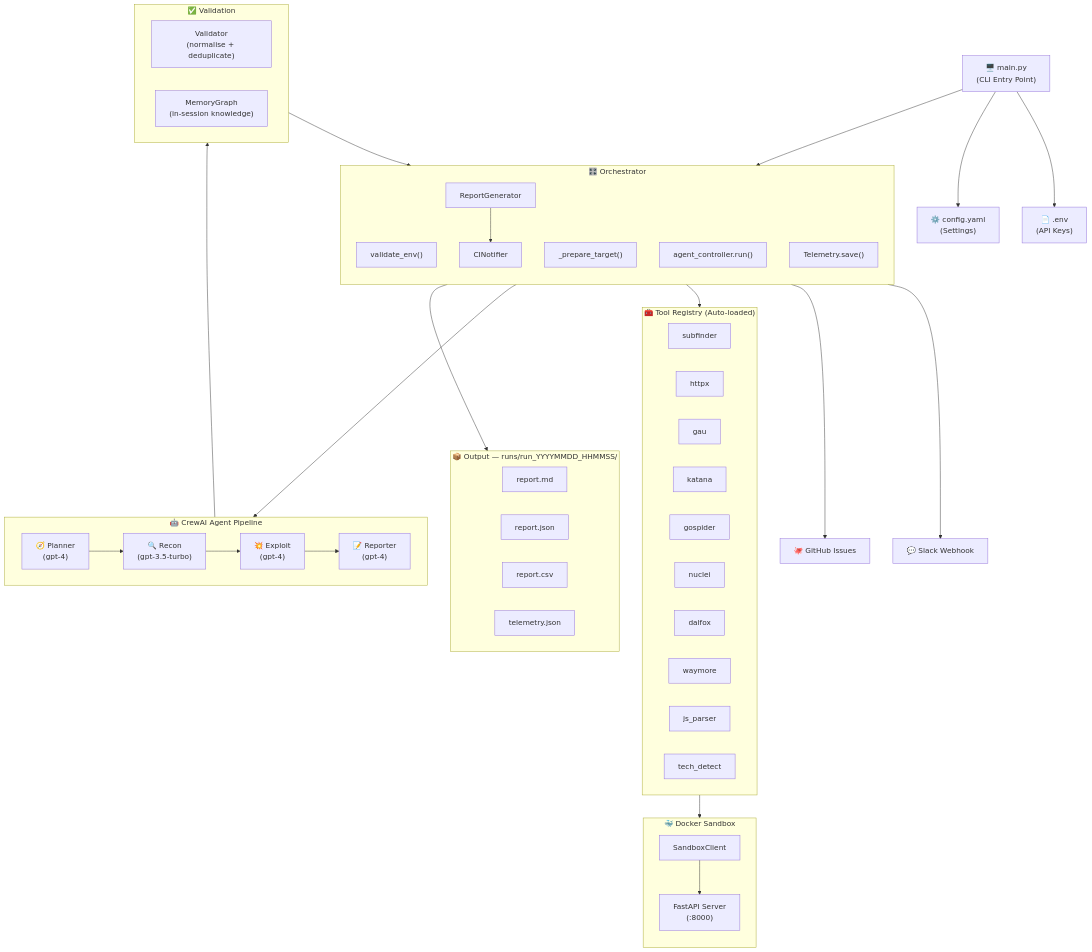
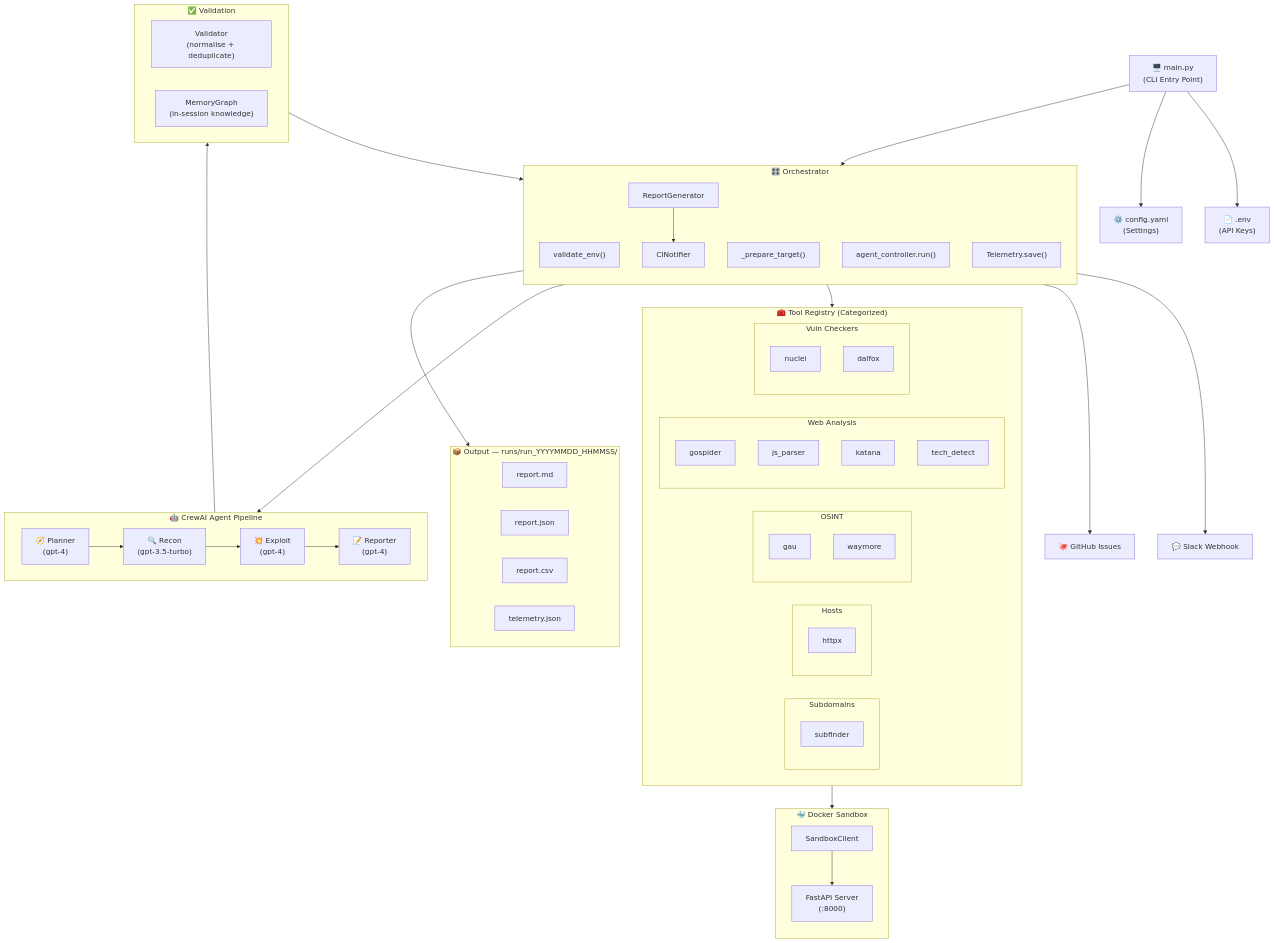
The first of 3 diagrams in README.md (gl1tch0x1/bbh_ai), drawn with Mermaid before and after one commit. The commit also changed other lines of this file and 16 other files, not shown here.

First line of the commit message:
feat: tool categorization, auto-update, and performance optimization

```diff
--- a/README.md
+++ b/README.md
@@ -49,18 +49,28 @@
     PREP --> TOOLS
     RUN --> AGENTS
 
-    subgraph TOOLS["🧰 Tool Registry (Auto-loaded)"]
+    subgraph TOOLS["🧰 Tool Registry (Categorized)"]
         direction LR
-        SF["subfinder"]
-        HX["httpx"]
-        GAU["gau"]
-        KAT["katana"]
-        GS["gospider"]
-        NC["nuclei"]
-        DF["dalfox"]
-        WM["waymore"]
-        JS["js_parser"]
-        TD["tech_detect"]
+        subgraph SUB["Subdomains"]
+            SF["subfinder"]
+        end
+        subgraph HST["Hosts"]
+            HX["httpx"]
+        end
+        subgraph OSN["OSINT"]
+            GAU["gau"]
+            WM["waymore"]
+        end
+        subgraph WEB["Web Analysis"]
+            GS["gospider"]
+            JS["js_parser"]
+            KAT["katana"]
+            TD["tech_detect"]
+        end
+        subgraph VLN["Vuln Checkers"]
+            NC["nuclei"]
+            DF["dalfox"]
+        end
     end
 
     subgraph AGENTS["🤖 CrewAI Agent Pipeline"]
```
